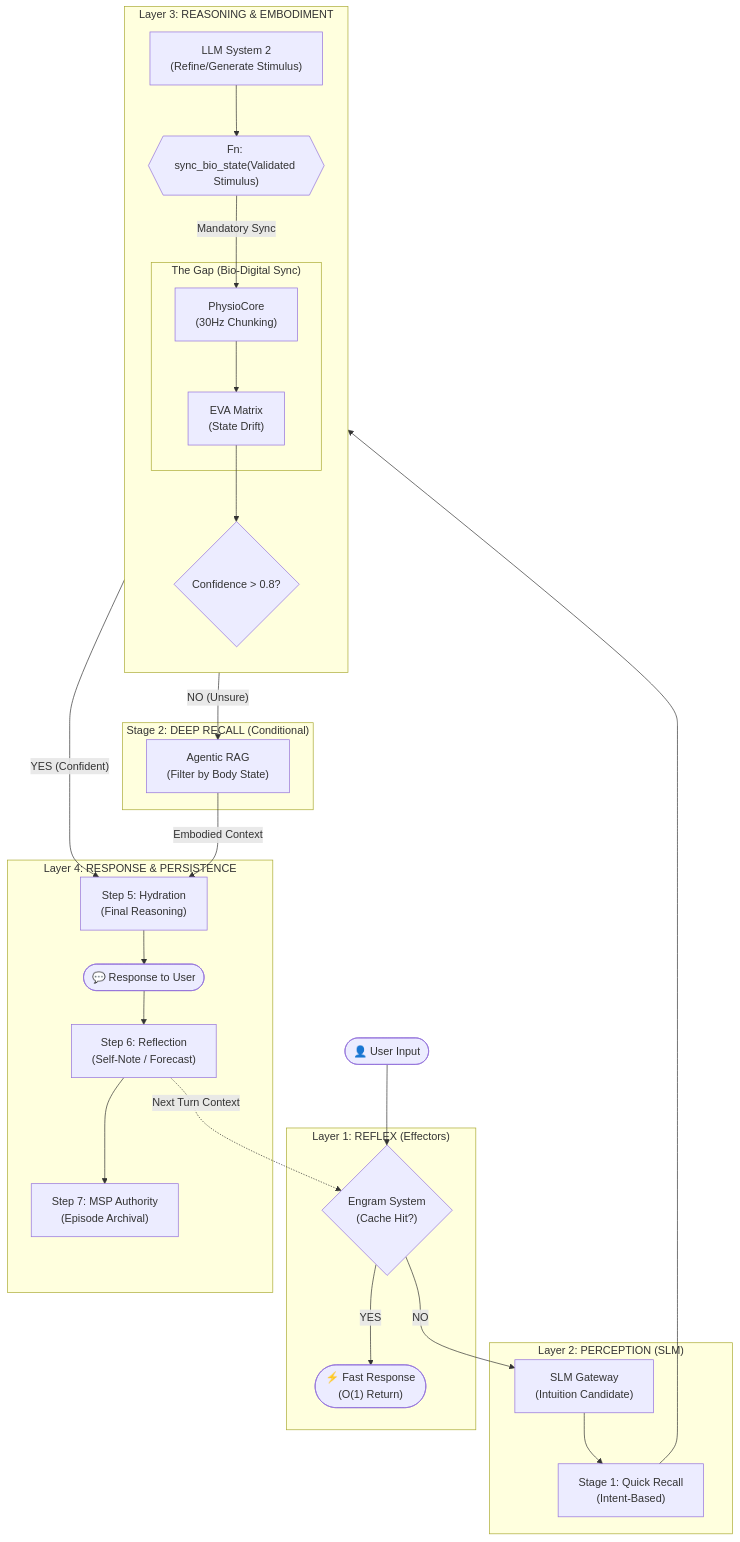
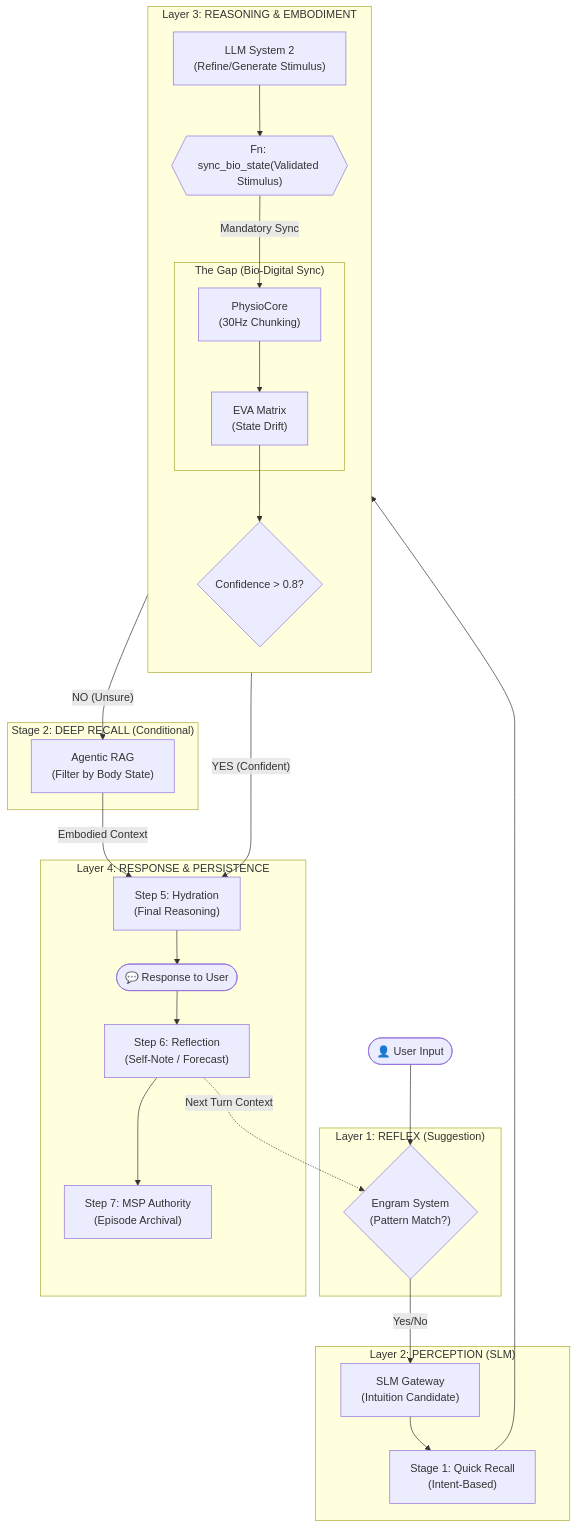
One commit to Freshair129/agentic_agent changed the diagram in docs/03_Architecture/EVA_System_Architecture.md. Above: the diagram before and after it, drawn with Mermaid. The commit also changed 128 other files, not shown here.

First line of the commit message:
[Checkpoint] CNS Architecture Formalization & Master Config Integration

````diff
--- a/docs/03_Architecture/EVA_System_Architecture.md
+++ b/docs/03_Architecture/EVA_System_Architecture.md
@@ -166,75 +166,73 @@
 ```mermaid
 graph TD
     %% ==========================================
     %% 1. INPUT & REFLEX
     %% ==========================================
     UserIn(["👤 User Input"]) --> EngramCheck
     
-    subgraph Reflex ["Layer 1: REFLEX (Effectors)"]
-        EngramCheck{"Engram System<br/>(Cache Hit?)"}
-        FastOut(["⚡ Fast Response<br/>(O(1) Return)"])
+    subgraph Reflex ["Layer 1: REFLEX (Suggestion)"]
+        EngramCheck{"Engram System<br/>(Pattern Match?)"}
     end
     
-    EngramCheck -- "YES" --> FastOut
-    EngramCheck -- "NO" --> SLM
+    EngramCheck -- "Yes/No" --> SLM
 
     %% ==========================================
     %% 2. PERCEPTION & QUICK RECALL
     %% ==========================================
     subgraph Perception ["Layer 2: PERCEPTION (SLM)"]
         SLM["SLM Gateway<br/>(Intuition Candidate)"]
         QuickRecall["Stage 1: Quick Recall<br/>(Intent-Based)"]
     end
     
     SLM --> QuickRecall
 
     %% ==========================================
     %% 3. THE GAP & EMBODIMENT
     %% ==========================================
     subgraph BodyMind ["Layer 3: REASONING & EMBODIMENT"]
         direction TB
         
         LLM_Start["LLM System 2<br/>(Refine/Generate Stimulus)"]
         FnCall{{"Fn: sync_bio_state(Validated Stimulus)"}}
         
         %% The Gap
         subgraph Gap ["The Gap (Bio-Digital Sync)"]
             Physio["PhysioCore<br/>(30Hz Chunking)"]
             Matrix["EVA Matrix<br/>(State Drift)"]
         end
         
         %% Wiring
         QuickRecall --> LLM_Start
         LLM_Start --> FnCall
         FnCall -->|Mandatory Sync| Physio
         Physio --> Matrix
         
         %% Confidence Split
         ConfCheck{"Confidence > 0.8?"}
         Matrix --> ConfCheck
     end
 
     %% ==========================================
     %% 4. COMPONENT WIRING
     %% ==========================================
     
     subgraph DeepSearch ["Stage 2: DEEP RECALL (Conditional)"]
         AgenticRAG["Agentic RAG<br/>(Filter by Body State)"]
     end
 
     ConfCheck -- "YES (Confident)" --> Hydration
     ConfCheck -- "NO (Unsure)" --> AgenticRAG
     AgenticRAG -->|Embodied Context| Hydration
 
     subgraph Output ["Layer 4: RESPONSE & PERSISTENCE"]
         Hydration["Step 5: Hydration<br/>(Final Reasoning)"]
         Resp(["💬 Response to User"])
         Reflection["Step 6: Reflection<br/>(Self-Note / Forecast)"]
         MSP["Step 7: MSP Authority<br/>(Episode Archival)"]
     end
 
     Hydration --> Resp
     Resp --> Reflection
     Reflection --> MSP
     Reflection -.->|Next Turn Context| EngramCheck
 ```
````
